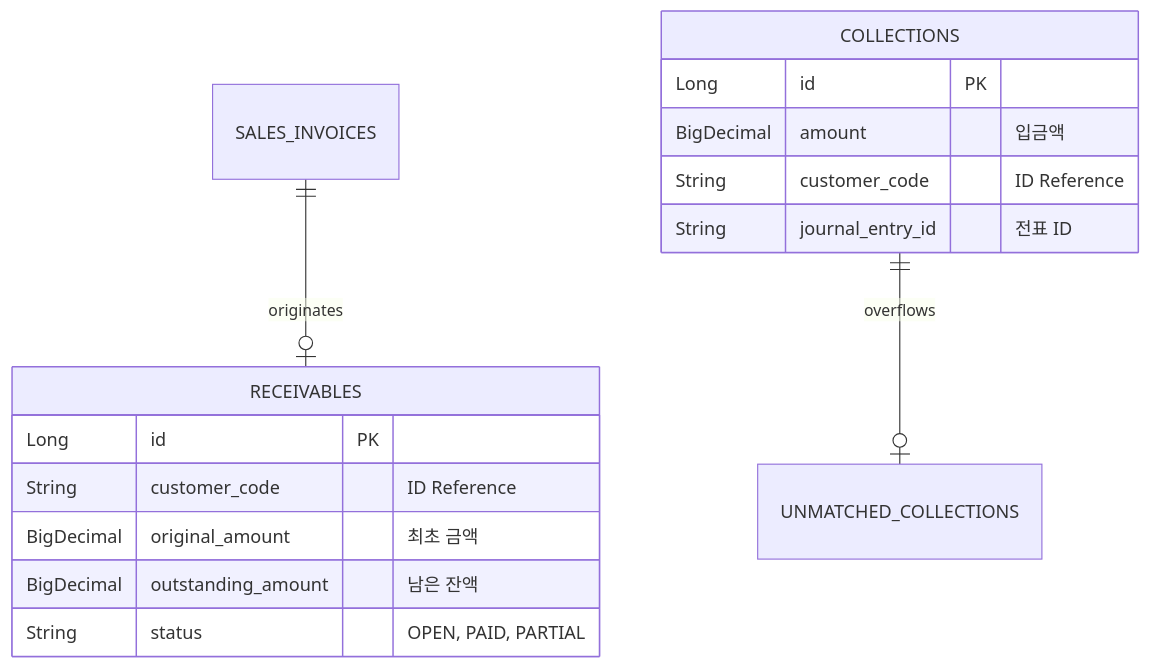
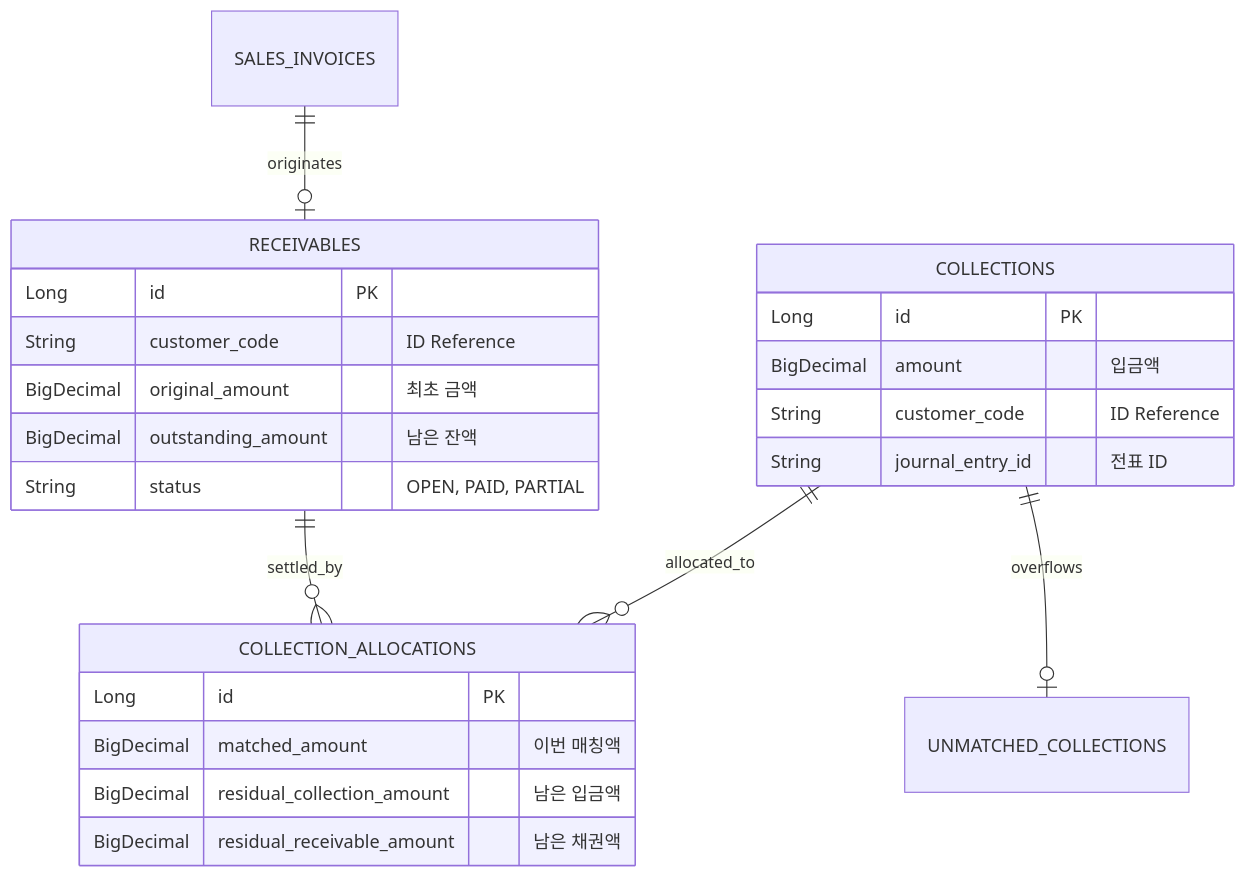
Before and after one commit to skyg547/account: the third of 3 diagrams in receivable/README.md, drawn with Mermaid. The commit also changed other lines of this file and 193 other files, not shown here.

````diff
--- a/receivable/README.md
+++ b/receivable/README.md
@@ -52,20 +52,29 @@
 ```mermaid
 erDiagram
     SALES_INVOICES ||--o| RECEIVABLES : "originates"
     COLLECTIONS ||--o| UNMATCHED_COLLECTIONS : "overflows"
+    COLLECTIONS ||--o{ COLLECTION_ALLOCATIONS : "allocated_to"
+    RECEIVABLES ||--o{ COLLECTION_ALLOCATIONS : "settled_by"
 
     RECEIVABLES {
         Long id PK
         String customer_code "ID Reference"
         BigDecimal original_amount "최초 금액"
         BigDecimal outstanding_amount "남은 잔액"
         String status "OPEN, PAID, PARTIAL"
     }
     
     COLLECTIONS {
         Long id PK
         BigDecimal amount "입금액"
         String customer_code "ID Reference"
         String journal_entry_id "전표 ID"
     }
+
+    COLLECTION_ALLOCATIONS {
+        Long id PK
+        BigDecimal matched_amount "이번 매칭액"
+        BigDecimal residual_collection_amount "남은 입금액"
+        BigDecimal residual_receivable_amount "남은 채권액"
+    }
 ```
````
